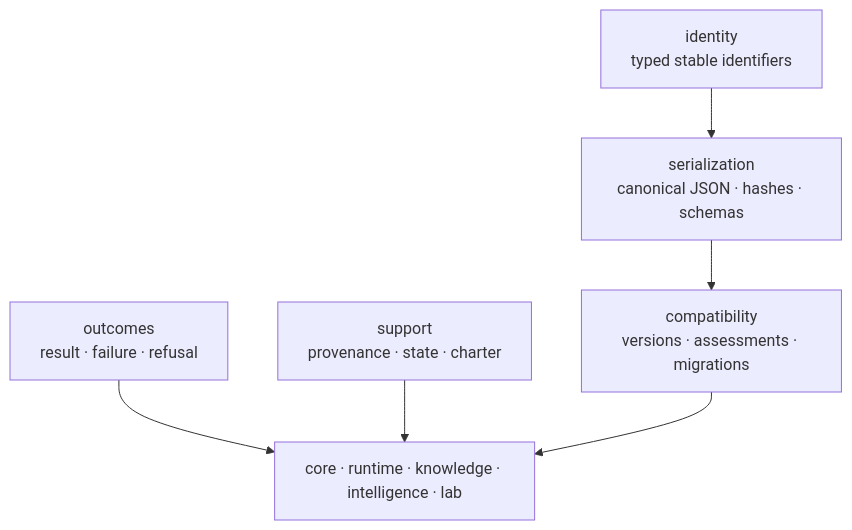
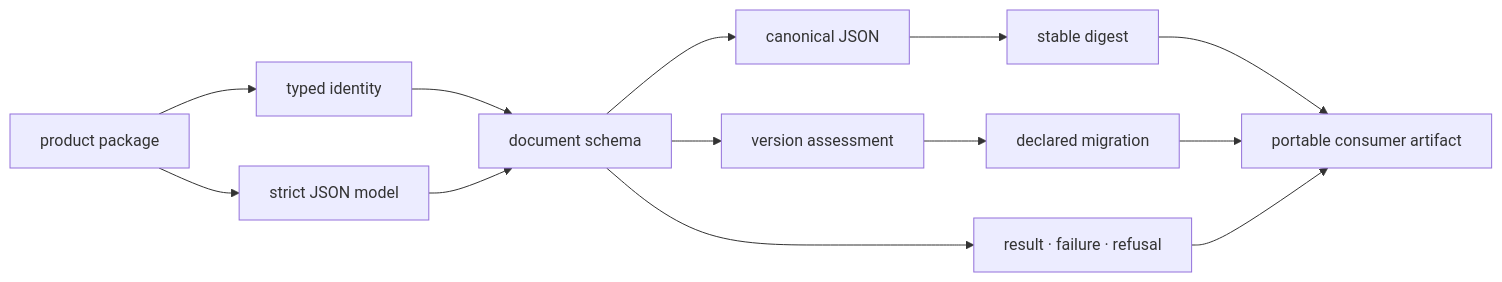
One commit to bijux/bijux-proteomics changed the first of 2 diagrams in docs/03-bijux-proteomics-foundation/index.md. Above: the diagram before and after it, drawn with Mermaid. The commit also changed other lines of this file and 2 other files, not shown here.

Commit message:
docs(architecture): expose scientific contract handoffs

````diff
--- a/docs/03-bijux-proteomics-foundation/index.md
+++ b/docs/03-bijux-proteomics-foundation/index.md
@@ -23,13 +23,15 @@
 ```mermaid
-flowchart TD
-    identity["identity\ntyped stable identifiers"]
-    serialization["serialization\ncanonical JSON · hashes · schemas"]
-    compatibility["compatibility\nversions · assessments · migrations"]
-    outcomes["outcomes\nresult · failure · refusal"]
-    support["support\nprovenance · state · charter"]
-    consumers["core · runtime · knowledge · intelligence · lab"]
-    identity --> serialization --> compatibility
-    outcomes --> consumers
-    support --> consumers
-    compatibility --> consumers
+flowchart LR
+    producer["product package"] --> identity["typed identity"]
+    producer --> model["strict JSON model"]
+    identity --> document["document schema"]
+    model --> document
+    document --> canonical["canonical JSON"]
+    canonical --> digest["stable digest"]
+    document --> compatibility["version assessment"]
+    compatibility --> migration["declared migration"]
+    document --> outcome["result · failure · refusal"]
+    digest --> consumer["portable consumer artifact"]
+    migration --> consumer
+    outcome --> consumer
 ```
````
